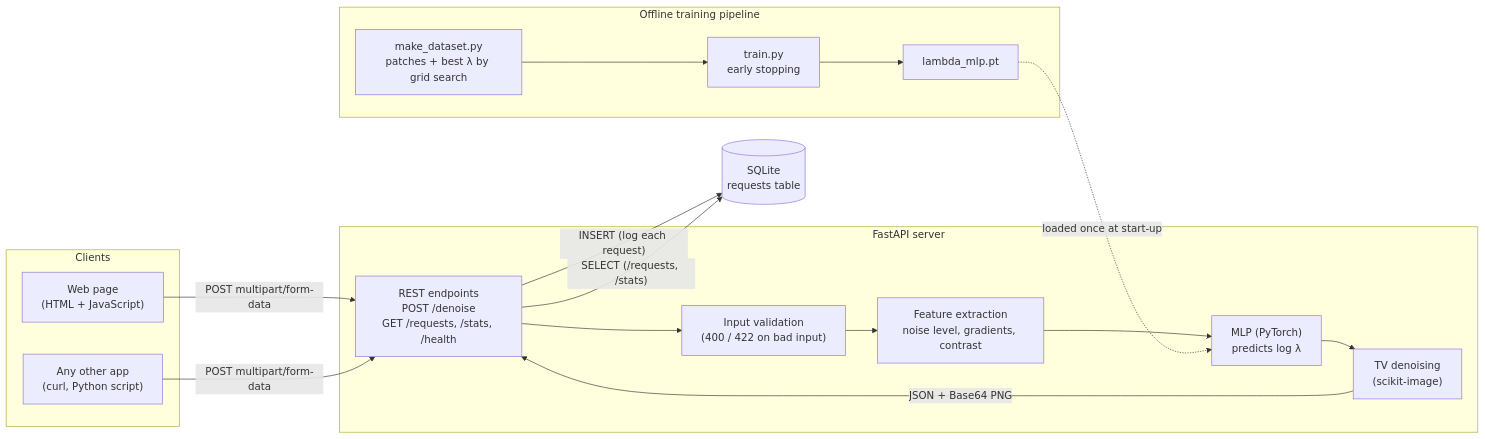
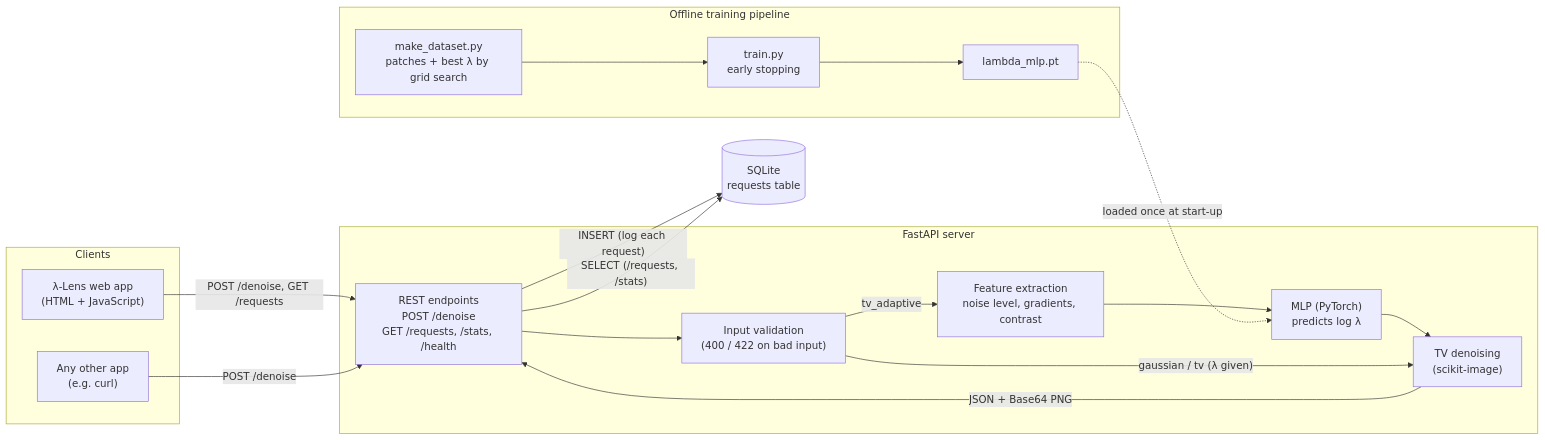
Before and after one commit to beabrozzi/adaptive-denoise: the diagram in README.md, drawn with Mermaid. The commit also changed other lines of this file and 2 other files, not shown here.

Commit message:
Name the app λ-Lens

````diff
--- a/README.md
+++ b/README.md
@@ -95,32 +95,34 @@
 ```mermaid
 flowchart LR
     subgraph Clients
-        WEB["Web page<br/>(HTML + JavaScript)"]
-        CLI["Any other app<br/>(curl, Python script)"]
+        WEB["λ-Lens web app<br/>(HTML + JavaScript)"]
+        CLI["Any other app<br/>(e.g. curl)"]
     end
 
     subgraph Server["FastAPI server"]
         API["REST endpoints<br/>POST /denoise<br/>GET /requests, /stats, /health"]
         VAL["Input validation<br/>(400 / 422 on bad input)"]
         FEAT["Feature extraction<br/>noise level, gradients, contrast"]
         MLP["MLP (PyTorch)<br/>predicts log λ"]
         TV["TV denoising<br/>(scikit-image)"]
     end
 
     DB[("SQLite<br/>requests table")]
 
     subgraph Offline["Offline training pipeline"]
         DATA["make_dataset.py<br/>patches + best λ by grid search"]
         TRAIN["train.py<br/>early stopping"]
         MODEL["lambda_mlp.pt"]
     end
 
-    WEB -- "POST multipart/form-data" --> API
-    CLI -- "POST multipart/form-data" --> API
-    API --> VAL --> FEAT --> MLP --> TV
+    WEB -- "POST /denoise, GET /requests" --> API
+    CLI -- "POST /denoise" --> API
+    API --> VAL
+    VAL -- "tv_adaptive" --> FEAT --> MLP --> TV
+    VAL -- "gaussian / tv (λ given)" --> TV
     TV -- "JSON + Base64 PNG" --> API
     API -- "INSERT (log each request)" --> DB
     API -- "SELECT (/requests, /stats)" --> DB
     DATA --> TRAIN --> MODEL
     MODEL -. "loaded once at start-up" .-> MLP
 ```
````
